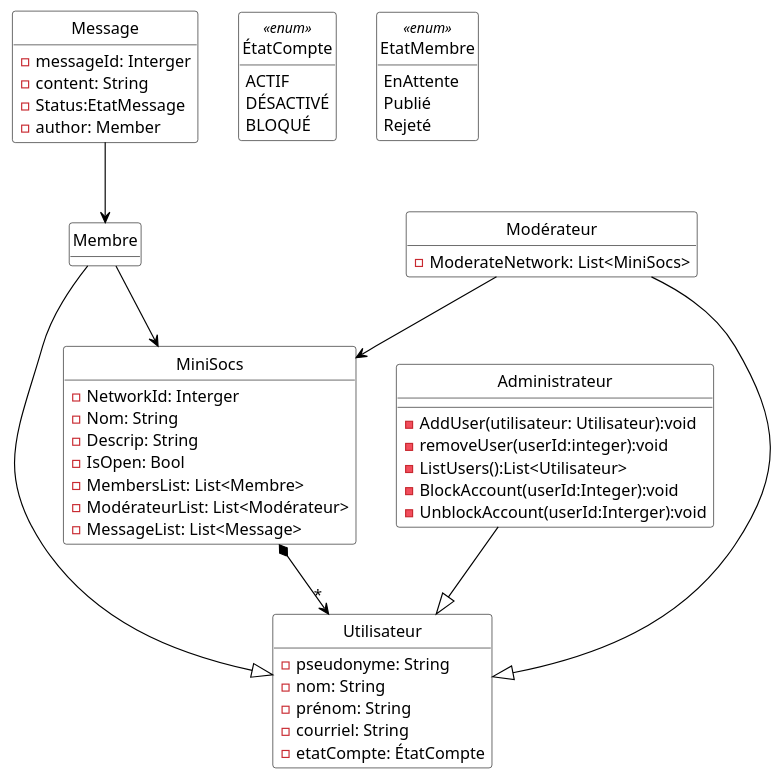
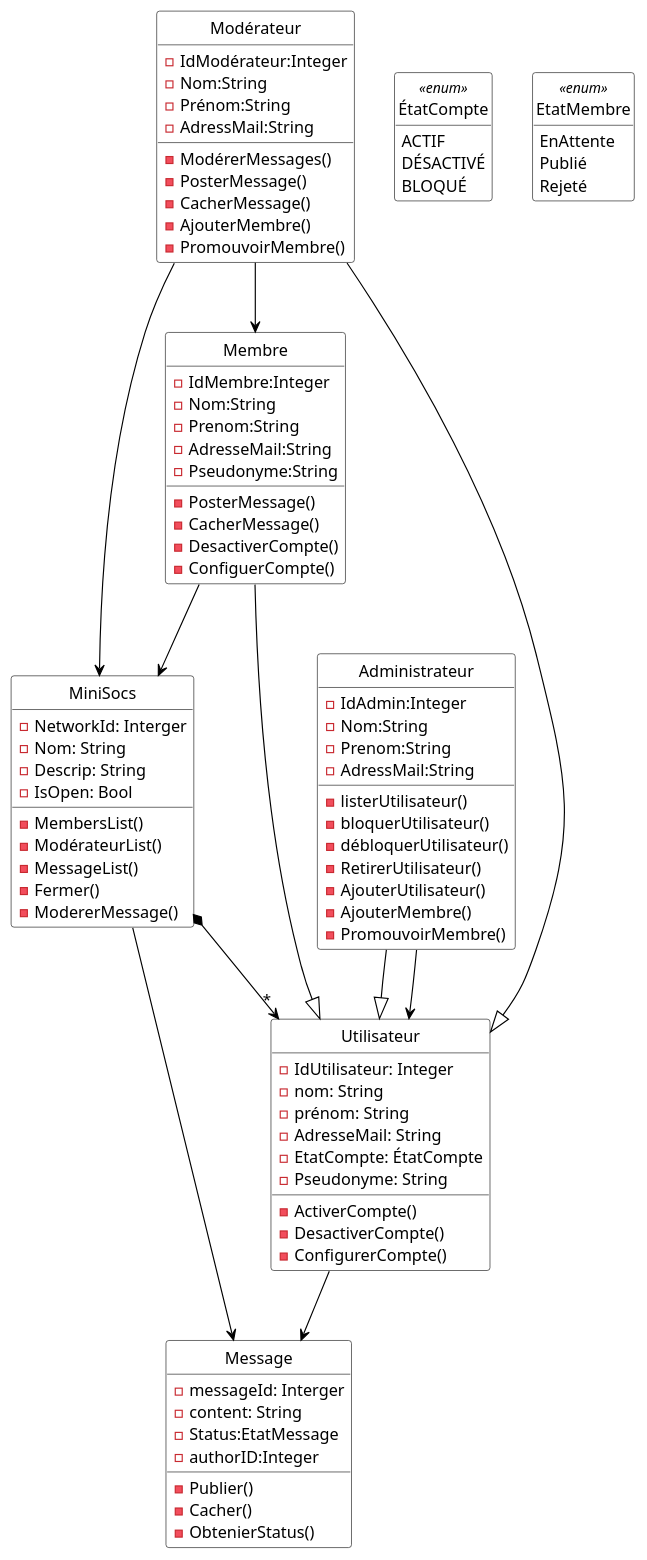
One commit to yesminete/MiniSocs changed the diagram in Diagrammes/minisocs_uml_diag_classes_sans_notif.pu. Above: the diagram before and after it, drawn with PlantUML. The commit also changed 1 other file, not shown here.

Commit message:
Modification diagramme de class sans notif

```diff
--- a/Diagrammes/minisocs_uml_diag_classes_sans_notif.pu
+++ b/Diagrammes/minisocs_uml_diag_classes_sans_notif.pu
@@ -1,76 +1,117 @@
 @startuml
 
 'Diagramme de classes (PlantUML)'
 
 'Configuration charte graphique'
 hide empty methods
 hide circle
 skinparam class {
   BackgroundColor White
   ArrowColor Black
   BorderColor Black
 }
 
 'Classes, énumérations, etc.'
 class MiniSocs {
   -NetworkId: Interger
   -Nom: String
   -Descrip: String
   -IsOpen: Bool
-  -MembersList: List<Membre>
-  -ModérateurList: List<Modérateur>
-  -MessageList: List<Message>
+  -MembersList()
+  -ModérateurList()
+  -MessageList()
+  - Fermer()
+  -ModererMessage()
 }
+
+
 class Utilisateur {
-  - pseudonyme: String
+  - IdUtilisateur: Integer
   - nom: String
   - prénom: String
-  - courriel: String
-  - etatCompte: ÉtatCompte
+  - AdresseMail: String
+  -EtatCompte: ÉtatCompte
+  -Pseudonyme: String
+  -ActiverCompte()
+  -DesactiverCompte()
+  -ConfigurerCompte()
 }
+
+
 class Membre{
-  
+  -IdMembre:Integer
+  -Nom:String
+  -Prenom:String
+  -AdresseMail:String
+  - Pseudonyme:String
+  -PosterMessage()
+  -CacherMessage()
+  -DesactiverCompte()
+  -ConfiguerCompte()
 }
+
+
 class Administrateur{
-  - AddUser(utilisateur: Utilisateur):void
-  - removeUser(userId:integer):void
-  -ListUsers():List<Utilisateur>
-  -BlockAccount(userId:Integer):void
-  -UnblockAccount(userId:Interger):void
+  -IdAdmin:Integer
+  -Nom:String
+  -Prenom:String
+  -AdressMail:String
+  -listerUtilisateur()
+  -bloquerUtilisateur()
+  -débloquerUtilisateur()
+  -RetirerUtilisateur()
+  -AjouterUtilisateur()
+  -AjouterMembre()
+  -PromouvoirMembre()
 }
 class Modérateur {
-  -ModerateNetwork: List<MiniSocs>
+  -IdModérateur:Integer
+  -Nom:String
+  -Prénom:String
+  -AdressMail:String
+  -ModérerMessages()
+  -PosterMessage()
+  -CacherMessage()
+  -AjouterMembre()
+  -PromouvoirMembre()
 }
 
 class Message{
   -messageId: Interger
   -content: String
   -Status:EtatMessage
-  -author: Member
+  -authorID:Integer
+  -Publier()
+  -Cacher()
+  -ObtenierStatus()
 }
 
 enum ÉtatCompte <<enum>> {
   ACTIF
   DÉSACTIVÉ
   BLOQUÉ
 }
 
 enum EtatMembre <<enum>>{
   EnAttente
   Publié
   Rejeté
 }
 
 'Associations, etc.'
 MiniSocs *--> "*" Utilisateur
 
 Administrateur--|> Utilisateur
 Membre --|> Utilisateur
 Modérateur --|> Utilisateur
-Membre --> MiniSocs
+Administrateur --> Utilisateur
+Modérateur --> Membre
 Modérateur --> MiniSocs
-Message --> Membre
+Membre--> MiniSocs
+MiniSocs--> Message
+Utilisateur --> Message
+
 
 'Au besoin, aides pour le positionnement'
 
 @enduml
```
